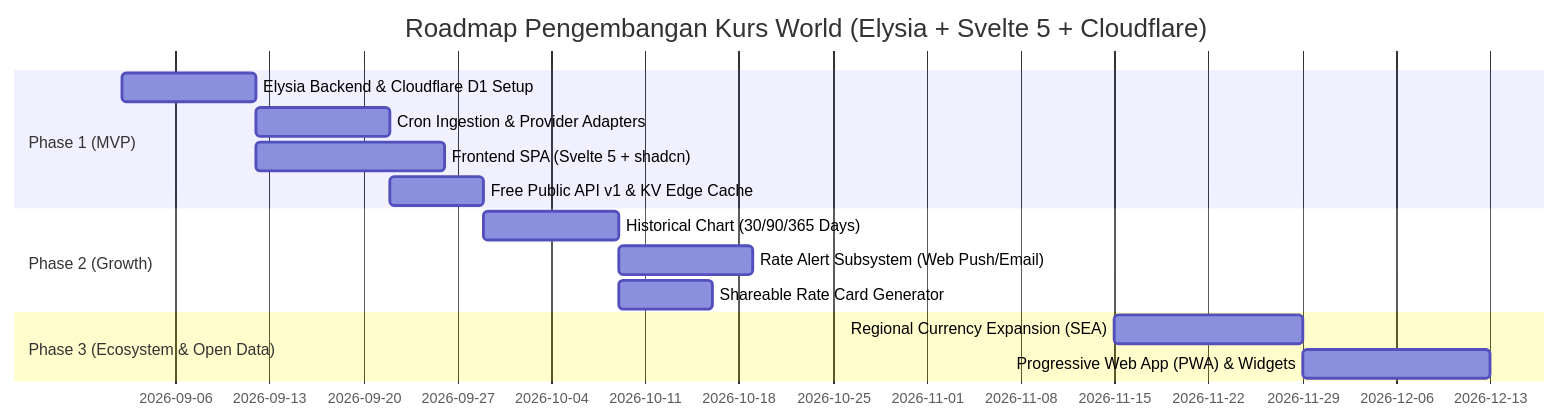
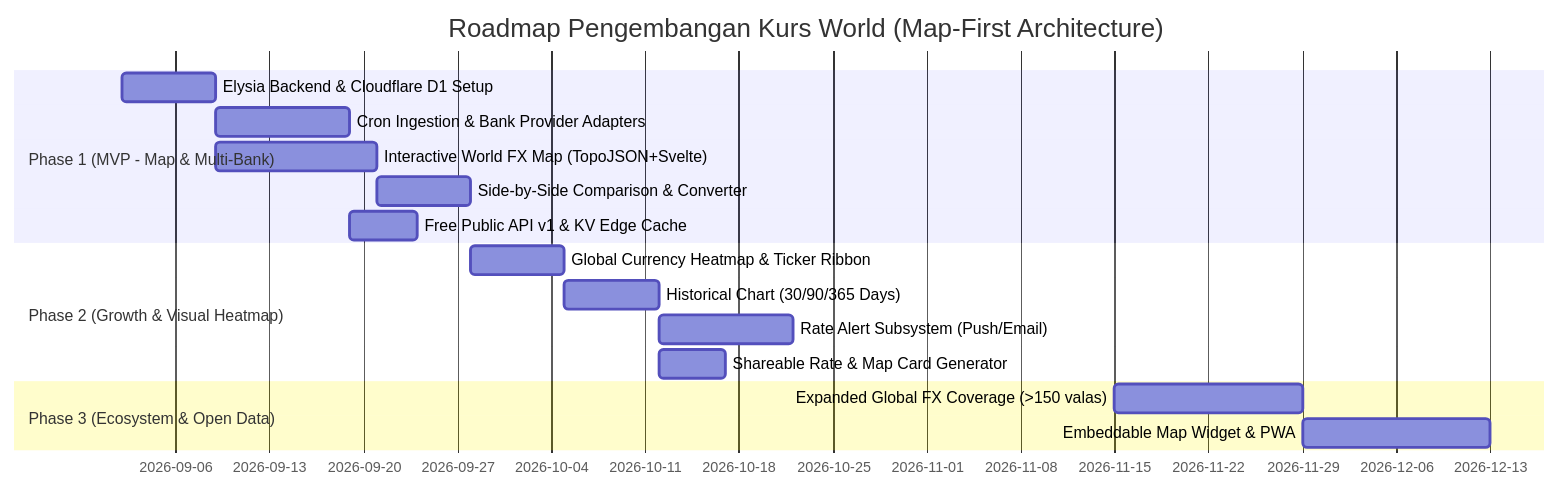
One commit to rafliiar17/buanasphere changed the diagram in docs/specs/PRD.md. Above: the diagram before and after it, drawn with Mermaid. The commit also changed other lines of this file and 15 other files, not shown here.

Commit message:
feat(architecture): redesign Kurs World around map-centric hero experience, regional quick filters, and conversion drawer

````diff
--- a/docs/specs/PRD.md
+++ b/docs/specs/PRD.md
@@ -107,17 +168,19 @@
 ```mermaid
 gantt
-    title Roadmap Pengembangan Kurs World (Elysia + Svelte 5 + Cloudflare)
+    title Roadmap Pengembangan Kurs World (Map-First Architecture)
     dateFormat  YYYY-MM-DD
-    section Phase 1 (MVP)
-    Elysia Backend & Cloudflare D1 Setup :a1, 2026-09-02, 10d
-    Cron Ingestion & Provider Adapters   :a2, after a1, 10d
-    Frontend SPA (Svelte 5 + shadcn)     :a3, after a1, 14d
-    Free Public API v1 & KV Edge Cache   :a4, after a2, 7d
-    section Phase 2 (Growth)
-    Historical Chart (30/90/365 Days)    :b1, after a4, 10d
-    Rate Alert Subsystem (Web Push/Email):b2, after b1, 10d
-    Shareable Rate Card Generator        :b3, after b1, 7d
+    section Phase 1 (MVP - Map & Multi-Bank)
+    Elysia Backend & Cloudflare D1 Setup     :a1, 2026-09-02, 7d
+    Cron Ingestion & Bank Provider Adapters  :a2, after a1, 10d
+    Interactive World FX Map (TopoJSON+Svelte):a3, after a1, 12d
+    Side-by-Side Comparison & Converter      :a4, after a3, 7d
+    Free Public API v1 & KV Edge Cache       :a5, after a2, 5d
+    section Phase 2 (Growth & Visual Heatmap)
+    Global Currency Heatmap & Ticker Ribbon  :b1, after a4, 7d
+    Historical Chart (30/90/365 Days)        :b2, after b1, 7d
+    Rate Alert Subsystem (Push/Email)        :b3, after b2, 10d
+    Shareable Rate & Map Card Generator      :b4, after b2, 5d
     section Phase 3 (Ecosystem & Open Data)
-    Regional Currency Expansion (SEA)    :c1, 2026-11-15, 14d
-    Progressive Web App (PWA) & Widgets  :c2, after c1, 14d
+    Expanded Global FX Coverage (>150 valas) :c1, 2026-11-15, 14d
+    Embeddable Map Widget & PWA              :c2, after c1, 14d
 ```
````
